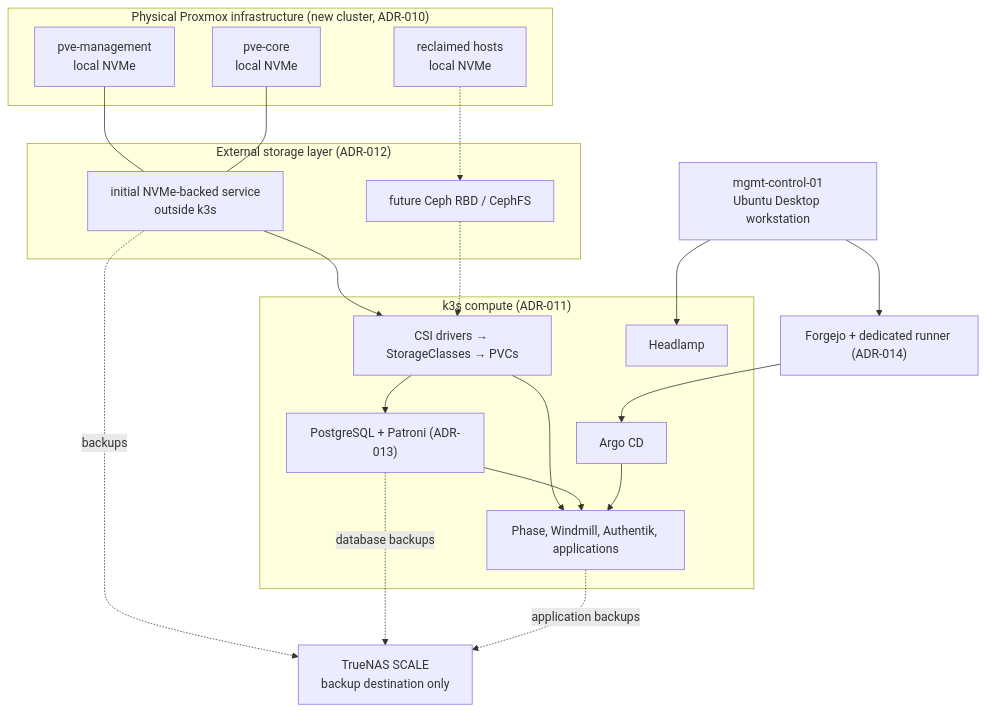
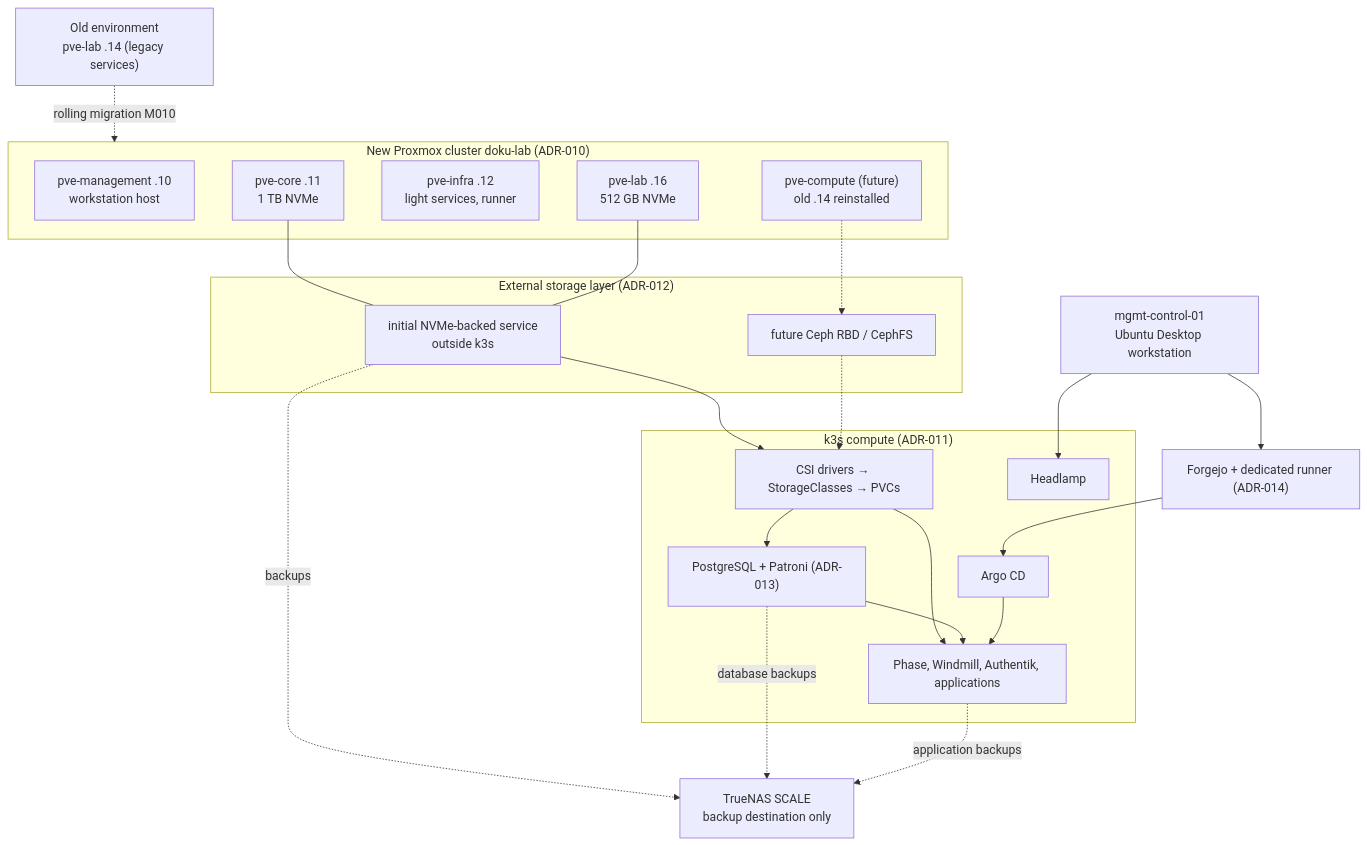
One commit to doku-code/homelab-iac changed the diagram in docs/architecture/platform.md. Above: the diagram before and after it, drawn with Mermaid. The commit also changed other lines of this file and 17 other files, not shown here.

First line of the commit message:
docs(iac): inventory the new doku-lab cluster and hand the work over to mgmt-control-01

````diff
--- a/docs/architecture/platform.md
+++ b/docs/architecture/platform.md
@@ -37,37 +37,41 @@
 ```mermaid
 flowchart TB
-  subgraph phys["Physical Proxmox infrastructure (new cluster, ADR-010)"]
-    pm["pve-management<br/>local NVMe"]
-    pc["pve-core<br/>local NVMe"]
-    px["reclaimed hosts<br/>local NVMe"]
+  subgraph phys["New Proxmox cluster doku-lab (ADR-010)"]
+    pm["pve-management .10<br/>workstation host"]
+    pc["pve-core .11<br/>1 TB NVMe"]
+    pi["pve-infra .12<br/>light services, runner"]
+    pl["pve-lab .16<br/>512 GB NVMe"]
+    px["pve-compute (future)<br/>old .14 reinstalled"]
   end
+  old["Old environment<br/>pve-lab .14 (legacy services)"]
   subgraph store["External storage layer (ADR-012)"]
     s1["initial NVMe-backed service<br/>outside k3s"]
     ceph["future Ceph RBD / CephFS"]
   end
   subgraph k8s["k3s compute (ADR-011)"]
     csi["CSI drivers → StorageClasses → PVCs"]
     pg["PostgreSQL + Patroni (ADR-013)"]
     apps["Phase, Windmill, Authentik, applications"]
     argo["Argo CD"]
     hl["Headlamp"]
   end
   ws["mgmt-control-01<br/>Ubuntu Desktop workstation"]
   fj["Forgejo + dedicated runner (ADR-014)"]
   nas["TrueNAS SCALE<br/>backup destination only"]
-  pm --- s1
   pc --- s1
+  pl --- s1
+  old -. rolling migration M010 .-> phys
   px -.-> ceph
   s1 --> csi
   ceph -.-> csi
   csi --> pg
   csi --> apps
   pg --> apps
   fj --> argo
   argo --> apps
   ws --> fj
   ws --> hl
   s1 -. backups .-> nas
   pg -. database backups .-> nas
   apps -. application backups .-> nas
 ```
````
